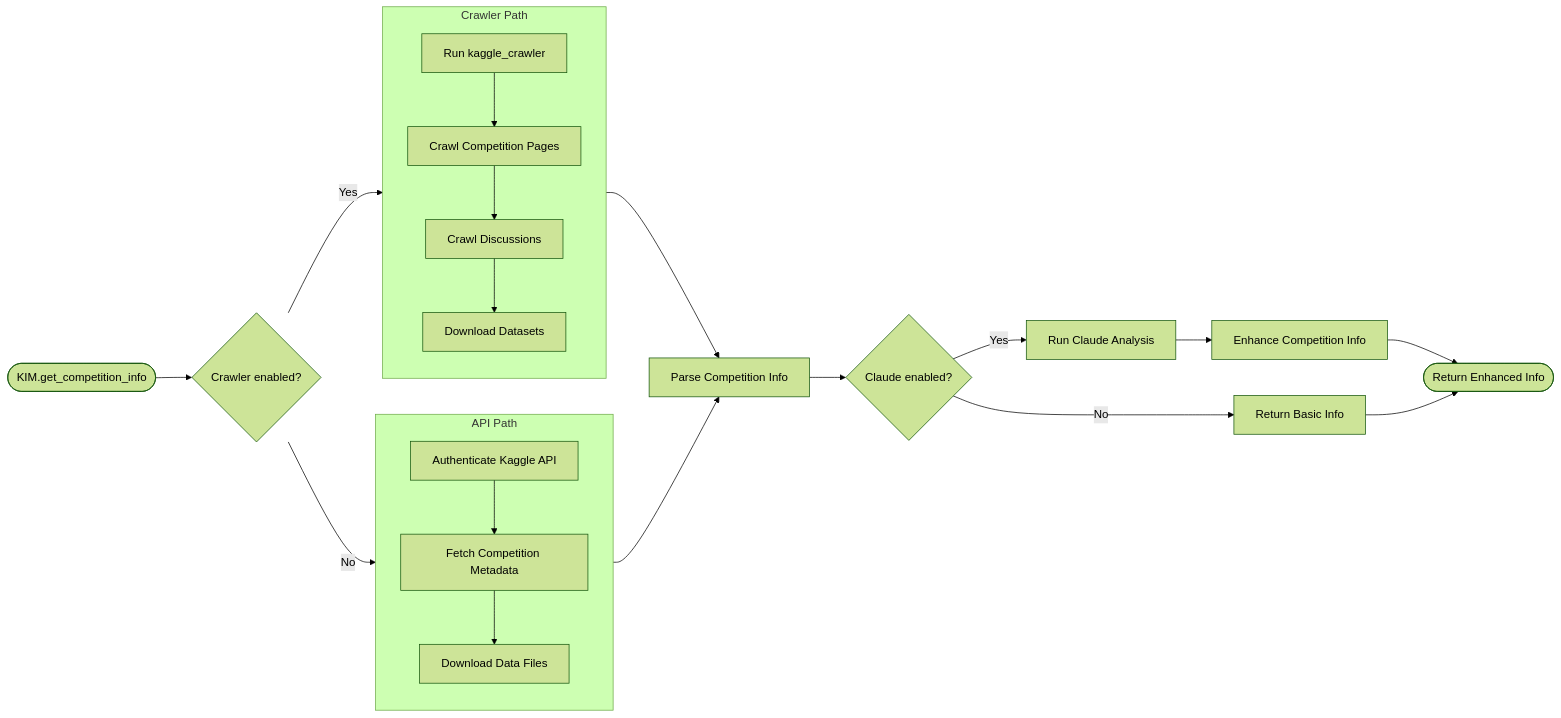
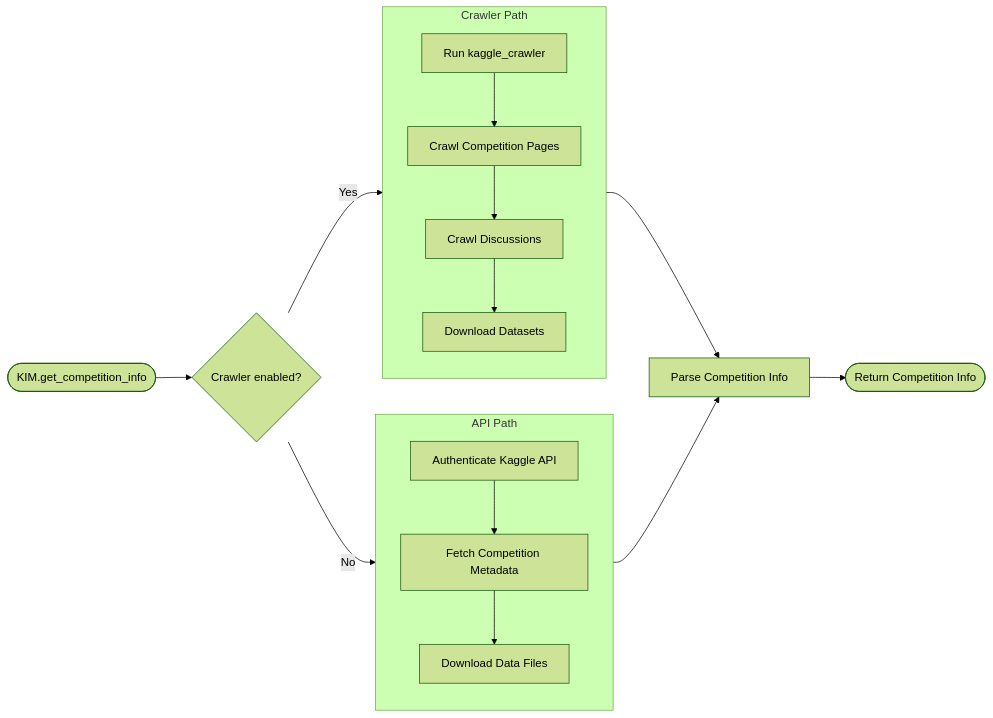
One commit to harutasti/kaggle_automation changed the third of 8 diagrams in docs/architecture/SYSTEM_FLOW_DIAGRAM.md. Above: the diagram before and after it, drawn with Mermaid (forest theme). The commit also changed other lines of this file and 27 other files, not shown here.

````diff
--- a/docs/architecture/SYSTEM_FLOW_DIAGRAM.md
+++ b/docs/architecture/SYSTEM_FLOW_DIAGRAM.md
@@ -127,31 +121,25 @@
 ```mermaid
 flowchart LR
     Start([KIM.get_competition_info]) --> Check{Crawler enabled?}
     
     Check -->|Yes| CrawlerPath
     Check -->|No| APIPath
     
     subgraph CrawlerPath [Crawler Path]
         RunCrawler[Run kaggle_crawler]
         RunCrawler --> CrawlPages[Crawl Competition Pages]
         CrawlPages --> CrawlDiscussions[Crawl Discussions]
         CrawlDiscussions --> DownloadData[Download Datasets]
     end
     
     subgraph APIPath [API Path]
         AuthAPI[Authenticate Kaggle API]
         AuthAPI --> FetchMeta[Fetch Competition Metadata]
         FetchMeta --> DownloadFiles[Download Data Files]
     end
     
     CrawlerPath --> ParseInfo[Parse Competition Info]
     APIPath --> ParseInfo
     
-    ParseInfo --> ClaudeAnalysis{Claude enabled?}
-    ClaudeAnalysis -->|Yes| RunClaude[Run Claude Analysis]
-    ClaudeAnalysis -->|No| ReturnBasic[Return Basic Info]
-    
-    RunClaude --> EnhanceInfo[Enhance Competition Info]
-    EnhanceInfo --> Return([Return Enhanced Info])
-    ReturnBasic --> Return
+    ParseInfo --> Return([Return Competition Info])
 ```
````
